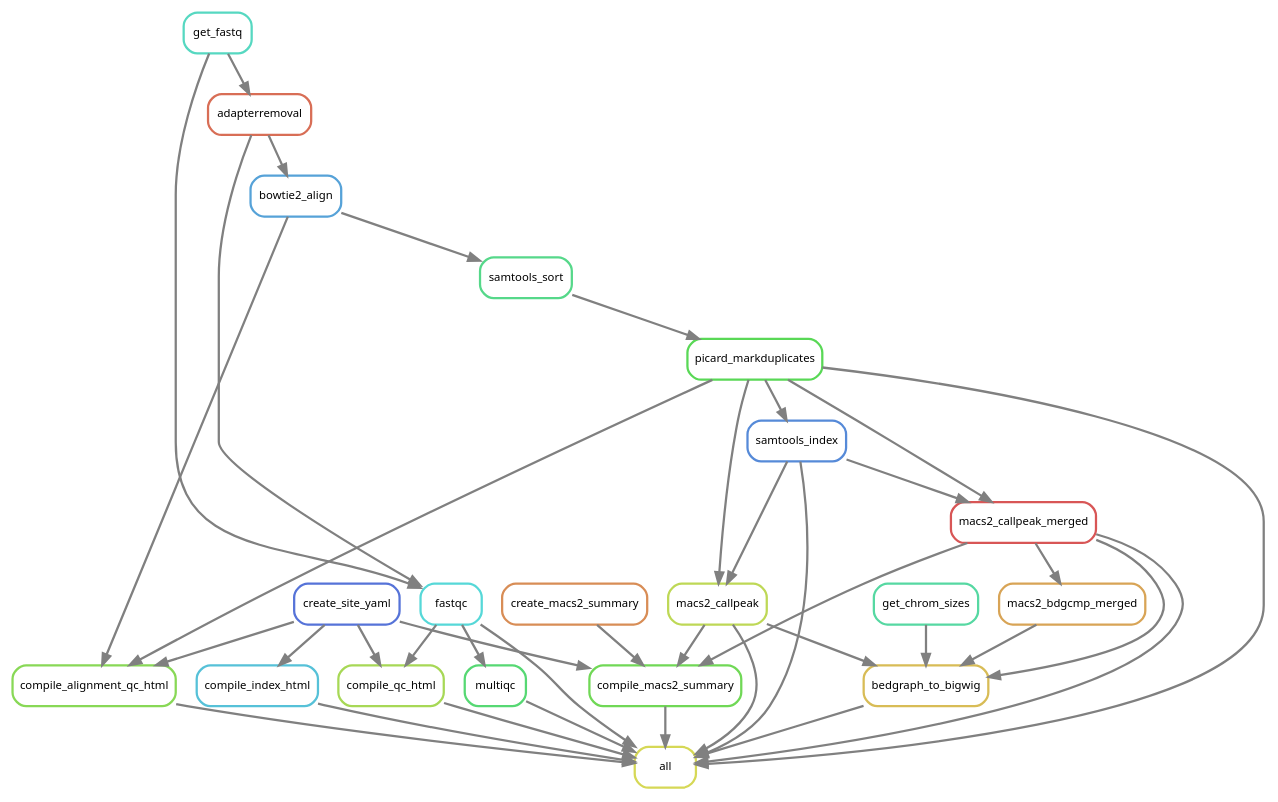
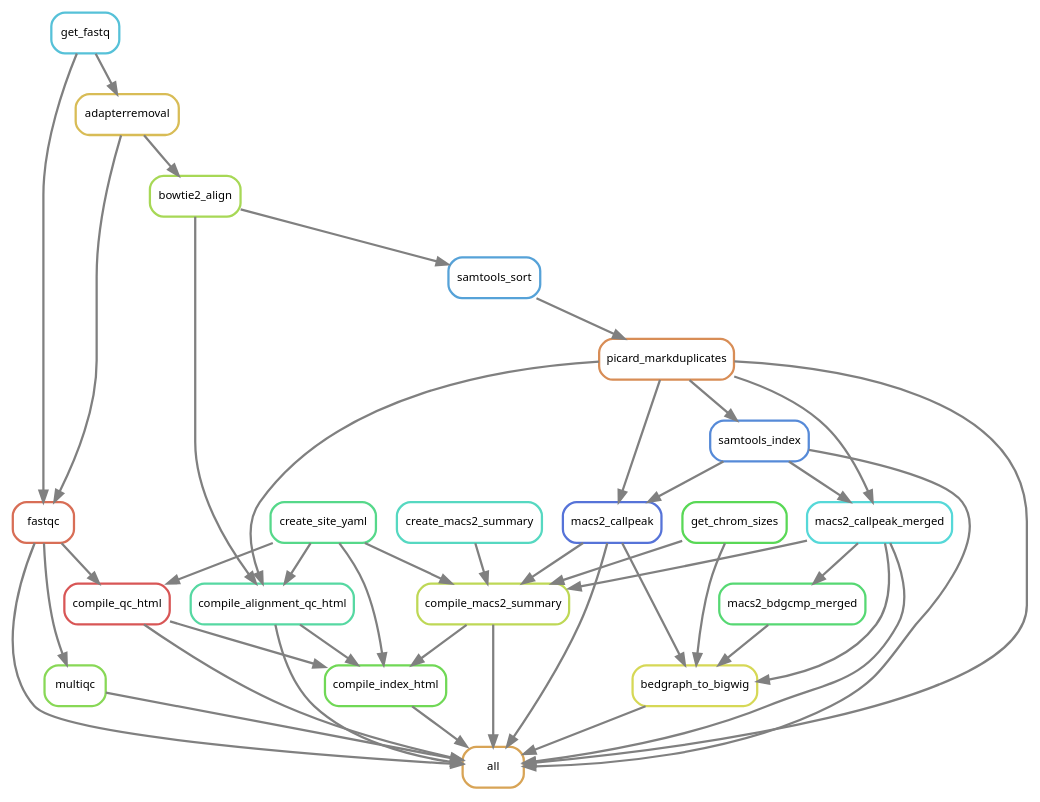
One commit to smped/PRJNA509779 changed the diagram in workflow/rules/rulegraph.dot. Above: the diagram before and after it, drawn with Graphviz. The commit also changed 1 other file, not shown here.

Commit message:
Changed dependencies for html

```diff
--- a/workflow/rules/rulegraph.dot
+++ b/workflow/rules/rulegraph.dot
@@ -1,63 +1,67 @@
 digraph snakemake_dag {
     graph[bgcolor=white, margin=0];
     node[shape=box, style=rounded, fontname=sans,                 fontsize=10, penwidth=2];
     edge[penwidth=2, color=grey];
-	0[label = "all", color = "0.17 0.6 0.85", style="rounded"];
-	1[label = "fastqc", color = "0.50 0.6 0.85", style="rounded"];
-	2[label = "get_fastq", color = "0.47 0.6 0.85", style="rounded"];
-	3[label = "adapterremoval", color = "0.03 0.6 0.85", style="rounded"];
-	4[label = "multiqc", color = "0.37 0.6 0.85", style="rounded"];
-	5[label = "picard_markduplicates", color = "0.33 0.6 0.85", style="rounded"];
-	6[label = "samtools_sort", color = "0.40 0.6 0.85", style="rounded"];
-	7[label = "bowtie2_align", color = "0.57 0.6 0.85", style="rounded"];
+	0[label = "all", color = "0.10 0.6 0.85", style="rounded"];
+	1[label = "fastqc", color = "0.03 0.6 0.85", style="rounded"];
+	2[label = "get_fastq", color = "0.53 0.6 0.85", style="rounded"];
+	3[label = "adapterremoval", color = "0.13 0.6 0.85", style="rounded"];
+	4[label = "multiqc", color = "0.27 0.6 0.85", style="rounded"];
+	5[label = "picard_markduplicates", color = "0.07 0.6 0.85", style="rounded"];
+	6[label = "samtools_sort", color = "0.57 0.6 0.85", style="rounded"];
+	7[label = "bowtie2_align", color = "0.23 0.6 0.85", style="rounded"];
 	8[label = "samtools_index", color = "0.60 0.6 0.85", style="rounded"];
-	9[label = "macs2_callpeak", color = "0.20 0.6 0.85", style="rounded"];
-	10[label = "macs2_callpeak_merged", color = "0.00 0.6 0.85", style="rounded"];
-	11[label = "bedgraph_to_bigwig", color = "0.13 0.6 0.85", style="rounded"];
-	12[label = "get_chrom_sizes", color = "0.43 0.6 0.85", style="rounded"];
-	13[label = "macs2_bdgcmp_merged", color = "0.10 0.6 0.85", style="rounded"];
-	14[label = "compile_index_html", color = "0.53 0.6 0.85", style="rounded"];
-	15[label = "create_site_yaml", color = "0.63 0.6 0.85", style="rounded"];
-	16[label = "compile_qc_html", color = "0.23 0.6 0.85", style="rounded"];
-	17[label = "compile_alignment_qc_html", color = "0.27 0.6 0.85", style="rounded"];
-	18[label = "compile_macs2_summary", color = "0.30 0.6 0.85", style="rounded"];
-	19[label = "create_macs2_summary", color = "0.07 0.6 0.85", style="rounded"];
+	9[label = "macs2_callpeak", color = "0.63 0.6 0.85", style="rounded"];
+	10[label = "macs2_callpeak_merged", color = "0.50 0.6 0.85", style="rounded"];
+	11[label = "bedgraph_to_bigwig", color = "0.17 0.6 0.85", style="rounded"];
+	12[label = "get_chrom_sizes", color = "0.33 0.6 0.85", style="rounded"];
+	13[label = "macs2_bdgcmp_merged", color = "0.37 0.6 0.85", style="rounded"];
+	14[label = "compile_index_html", color = "0.30 0.6 0.85", style="rounded"];
+	15[label = "compile_macs2_summary", color = "0.20 0.6 0.85", style="rounded"];
+	16[label = "create_macs2_summary", color = "0.47 0.6 0.85", style="rounded"];
+	17[label = "create_site_yaml", color = "0.40 0.6 0.85", style="rounded"];
+	18[label = "compile_qc_html", color = "0.00 0.6 0.85", style="rounded"];
+	19[label = "compile_alignment_qc_html", color = "0.43 0.6 0.85", style="rounded"];
+	1 -> 0
+	5 -> 0
+	11 -> 0
+	18 -> 0
+	10 -> 0
+	15 -> 0
+	8 -> 0
+	19 -> 0
+	4 -> 0
 	9 -> 0
 	14 -> 0
-	8 -> 0
-	16 -> 0
-	17 -> 0
-	18 -> 0
-	10 -> 0
-	5 -> 0
-	4 -> 0
-	1 -> 0
-	11 -> 0
+	3 -> 1
 	2 -> 1
-	3 -> 1
 	2 -> 3
 	1 -> 4
 	6 -> 5
 	7 -> 6
 	3 -> 7
 	5 -> 8
 	5 -> 9
 	8 -> 9
 	5 -> 10
 	8 -> 10
+	10 -> 11
 	9 -> 11
 	12 -> 11
-	10 -> 11
 	13 -> 11
 	10 -> 13
+	17 -> 14
 	15 -> 14
-	1 -> 16
-	15 -> 16
-	5 -> 17
-	7 -> 17
-	15 -> 17
-	9 -> 18
-	19 -> 18
-	10 -> 18
-	15 -> 18
+	18 -> 14
+	19 -> 14
+	12 -> 15
+	17 -> 15
+	9 -> 15
+	16 -> 15
+	10 -> 15
+	1 -> 18
+	17 -> 18
+	5 -> 19
+	17 -> 19
+	7 -> 19
 }            
```
